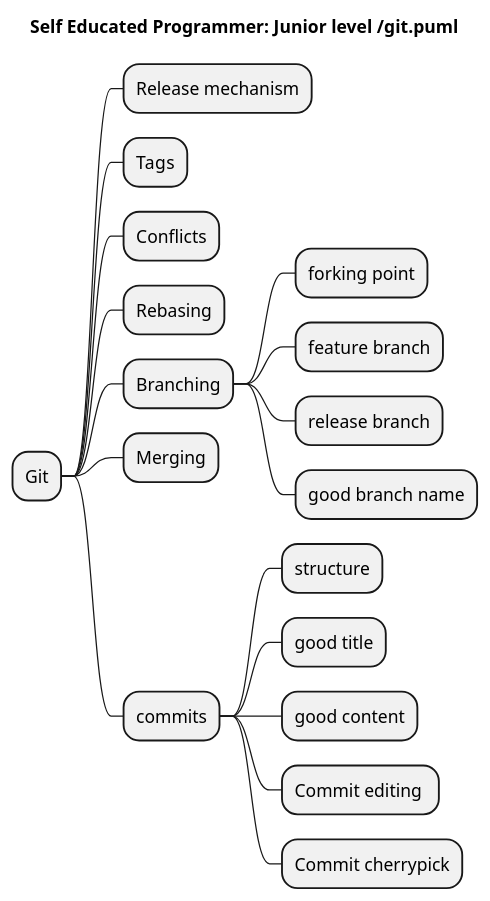
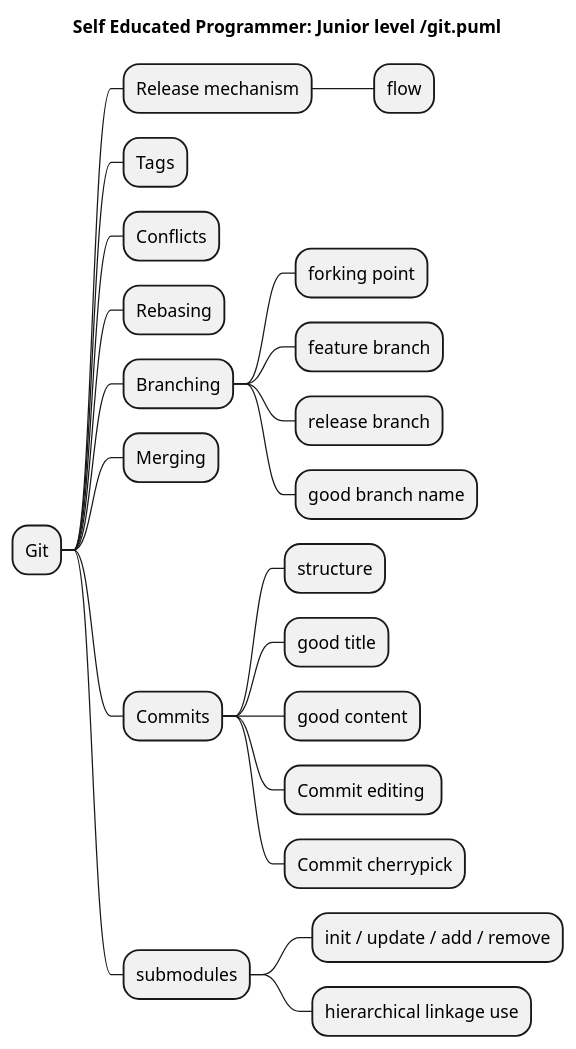
Before and after one commit to SmartSoftDev/self_educated_software_programmer_path: the diagram in git.puml, drawn with PlantUML. The commit also changed 12 other files, not shown here.

```diff
--- a/git.puml
+++ b/git.puml
@@ -1,22 +1,25 @@
 @startmindmap
 title Self Educated Programmer: Junior level /git.puml
 
 * Git
 ** Release mechanism
+*** flow
 ** Tags
 ** Conflicts
 ** Rebasing
 ** Branching
 *** forking point
 *** feature branch
 *** release branch
 *** good branch name
 ** Merging
-** commits
+** Commits
 *** structure
 *** good title
 *** good content
 *** Commit editing 
 *** Commit cherrypick
-
+** submodules
+*** init / update / add / remove
+*** hierarchical linkage use
 @endmindmap
```
